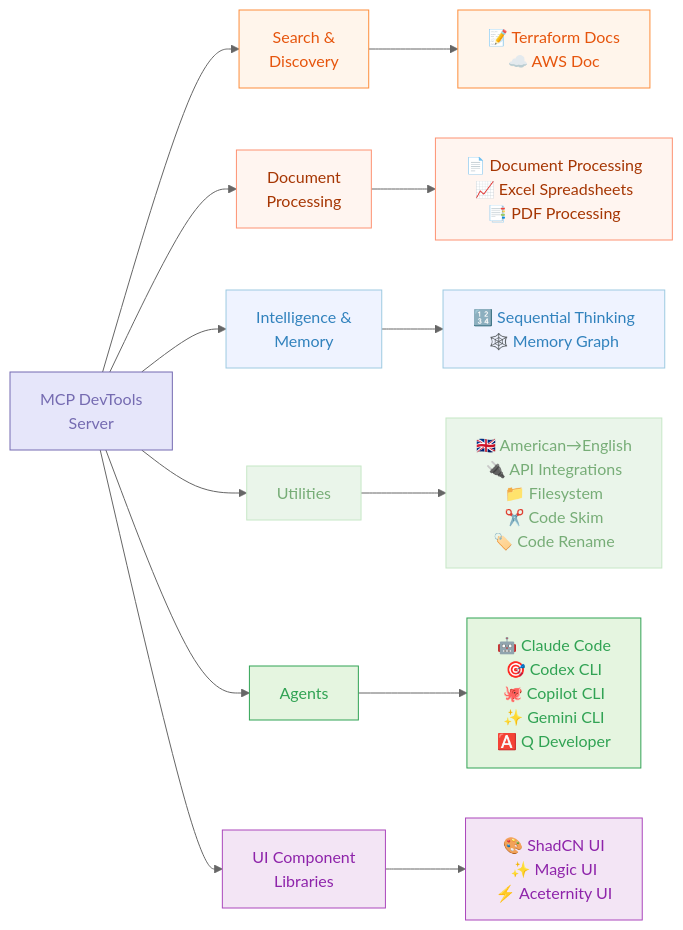
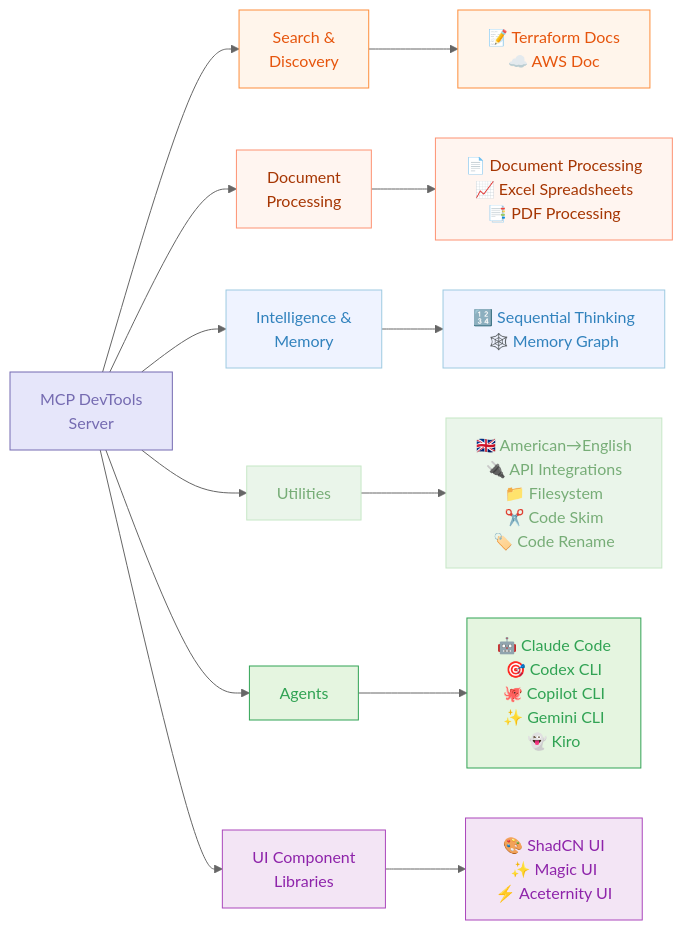
One commit to sammcj/mcp-devtools changed the second of 2 diagrams in README.md. Above: the diagram before and after it, drawn with Mermaid (neutral theme). The commit also changed other lines of this file and 10 other files, not shown here.

Commit message:
[feat]: Replace Q with Kiro agent and update Copilot (#136)

````diff
--- a/README.md
+++ b/README.md
@@ -34,39 +34,39 @@
 ```mermaid
 graph LR
     A[MCP DevTools<br>Server]
 
     A --> B[Search &<br>Discovery]
     A --> C[Document<br>Processing]
     A --> E[Intelligence &<br>Memory]
     A --> F[Utilities]
     A --> G[Agents]
     A --> D[UI Component<br>Libraries]
 
     B --> B_Tools[📝 Terraform Docs<br>☁️ AWS Doc]
 
     C --> C_Tools[📄 Document Processing<br>📈 Excel Spreadsheets<br>📑 PDF Processing]
 
     E --> E_Tools[🔢 Sequential Thinking<br>🕸️ Memory Graph]
 
     F --> F_Tools[🇬🇧 American→English<br>🔌 API Integrations<br>📁 Filesystem<br>✂️ Code Skim<br>🏷️ Code Rename]
 
-    G --> G_Tools[🤖 Claude Code<br>🎯 Codex CLI<br>🐙 Copilot CLI<br>✨ Gemini CLI<br>🅰️ Q Developer]
+    G --> G_Tools[🤖 Claude Code<br>🎯 Codex CLI<br>🐙 Copilot CLI<br>✨ Gemini CLI<br>👻 Kiro]
 
     D --> D_Tools[🎨 ShadCN UI<br>✨ Magic UI<br>⚡ Aceternity UI]
 
     classDef components fill:#E6E6FA,stroke:#756BB1,color:#756BB1
     classDef llm fill:#E5F5E0,stroke:#31A354,color:#31A354
     classDef process fill:#EAF5EA,stroke:#C6E7C6,color:#77AD77
     classDef data fill:#EFF3FF,stroke:#9ECAE1,color:#3182BD
     classDef decision fill:#FFF5EB,stroke:#FD8D3C,color:#E6550D
     classDef api fill:#FFF5F0,stroke:#FD9272,color:#A63603
     classDef ui fill:#F3E5F5,stroke:#AB47BC,color:#8E24AA
 
     class A components
     class B,B_Tools decision
     class C,C_Tools api
     class D,D_Tools ui
     class E,E_Tools data
     class F,F_Tools process
     class G,G_Tools llm
 ```
````
